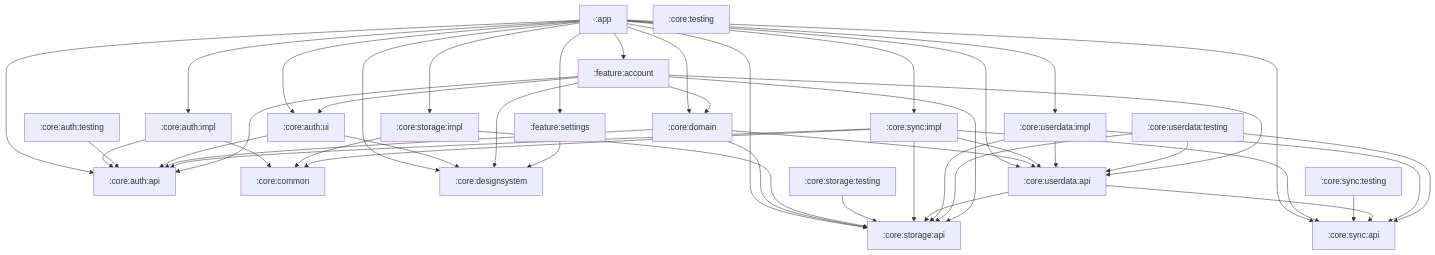
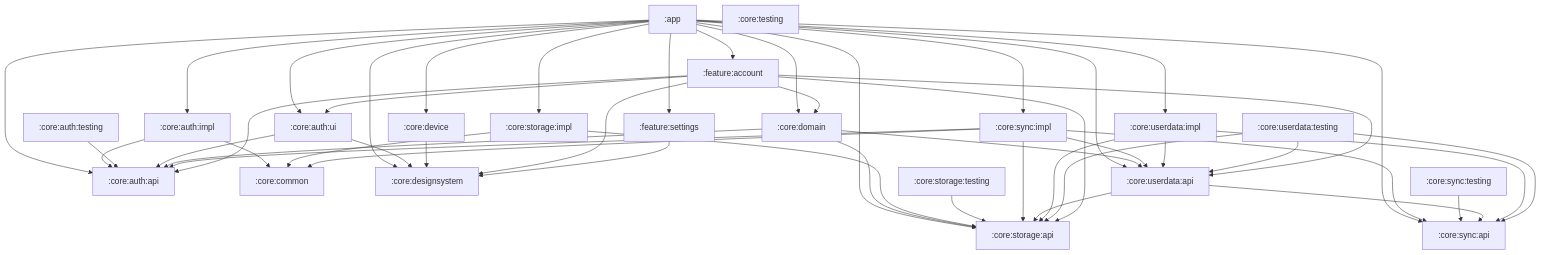
The diagram in README.md (toomanyeduardos/rolabox), drawn with Mermaid before and after one commit. The commit also changed other lines of this file and 15 other files, not shown here.

````diff
--- a/README.md
+++ b/README.md
@@ -233,68 +235,71 @@
 ```mermaid
 graph TD
     app[":app"]
     core_auth_api[":core:auth:api"]
     core_auth_impl[":core:auth:impl"]
     core_auth_testing[":core:auth:testing"]
     core_auth_ui[":core:auth:ui"]
     core_common[":core:common"]
     core_designsystem[":core:designsystem"]
+    core_device[":core:device"]
     core_domain[":core:domain"]
     core_storage_api[":core:storage:api"]
     core_storage_impl[":core:storage:impl"]
     core_storage_testing[":core:storage:testing"]
     core_sync_api[":core:sync:api"]
     core_sync_impl[":core:sync:impl"]
     core_sync_testing[":core:sync:testing"]
     core_testing[":core:testing"]
     core_userdata_api[":core:userdata:api"]
     core_userdata_impl[":core:userdata:impl"]
     core_userdata_testing[":core:userdata:testing"]
     feature_account[":feature:account"]
     feature_settings[":feature:settings"]
     app --> core_auth_api
     app --> core_auth_impl
     app --> core_auth_ui
     app --> core_designsystem
+    app --> core_device
     app --> core_domain
     app --> core_storage_api
     app --> core_storage_impl
     app --> core_sync_api
     app --> core_sync_impl
     app --> core_userdata_api
     app --> core_userdata_impl
     app --> feature_account
     app --> feature_settings
     core_auth_impl --> core_auth_api
     core_auth_impl --> core_common
     core_auth_testing --> core_auth_api
     core_auth_ui --> core_auth_api
     core_auth_ui --> core_designsystem
+    core_device --> core_designsystem
     core_domain --> core_auth_api
     core_domain --> core_storage_api
     core_domain --> core_userdata_api
     core_storage_impl --> core_common
     core_storage_impl --> core_storage_api
     core_storage_testing --> core_storage_api
     core_sync_impl --> core_auth_api
     core_sync_impl --> core_common
     core_sync_impl --> core_storage_api
     core_sync_impl --> core_sync_api
     core_sync_impl --> core_userdata_api
     core_sync_testing --> core_sync_api
     core_userdata_api --> core_storage_api
     core_userdata_api --> core_sync_api
     core_userdata_impl --> core_storage_api
     core_userdata_impl --> core_sync_api
     core_userdata_impl --> core_userdata_api
     core_userdata_testing --> core_storage_api
     core_userdata_testing --> core_sync_api
     core_userdata_testing --> core_userdata_api
     feature_account --> core_auth_api
     feature_account --> core_auth_ui
     feature_account --> core_designsystem
     feature_account --> core_domain
     feature_account --> core_storage_api
     feature_account --> core_userdata_api
     feature_settings --> core_designsystem
 ```
````
